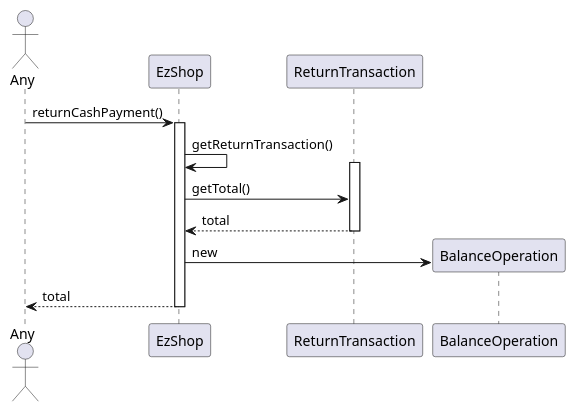
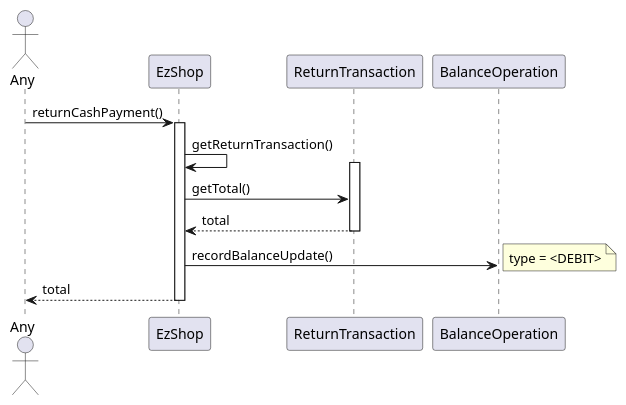
Diagram 28 of 28 in Deliverables/DesignDocument.md (paocela/EzShop), drawn with PlantUML before and after one commit. The commit also changed other lines of this file, not shown here.

````diff
--- a/Deliverables/DesignDocument.md
+++ b/Deliverables/DesignDocument.md
@@ -723,13 +734,14 @@
 ```plantuml
 actor Any
 Any -> EzShop : returnCashPayment()
 activate EzShop
 EzShop -> EzShop : getReturnTransaction()
 activate ReturnTransaction
 EzShop -> ReturnTransaction  : getTotal()
 EzShop <-- ReturnTransaction  : total
 deactivate ReturnTransaction
-EzShop -> BalanceOperation  ** : new
+EzShop -> BalanceOperation : recordBalanceUpdate() 
+note right: type = <DEBIT>
 Any <-- EzShop : total 
 deactivate EzShop
 ```
````
